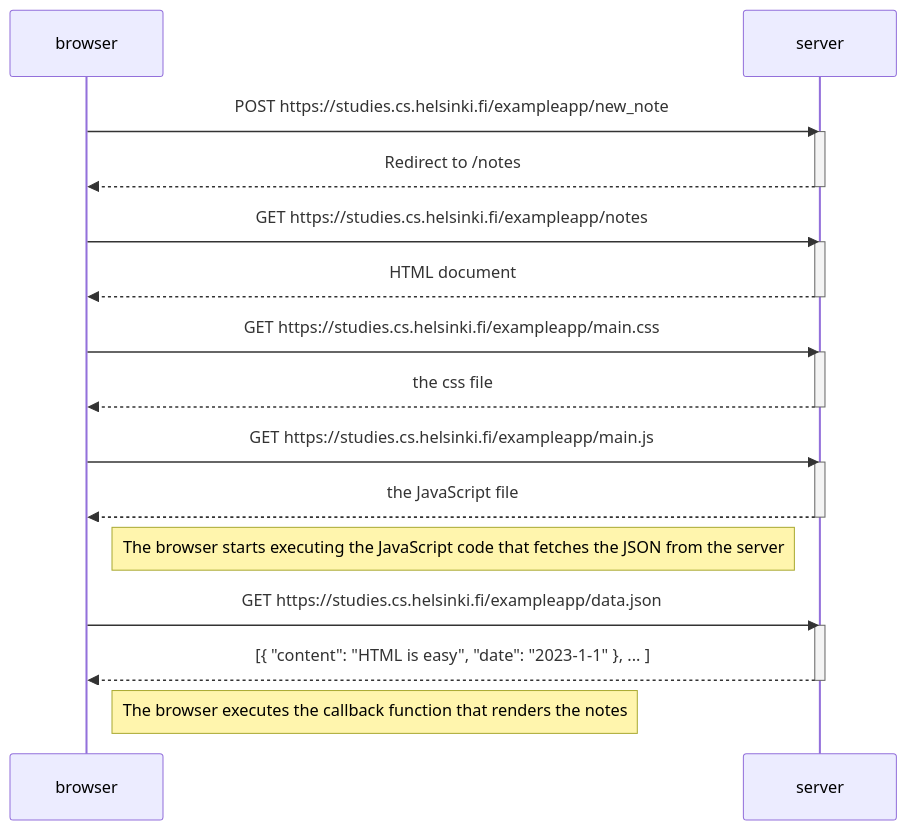
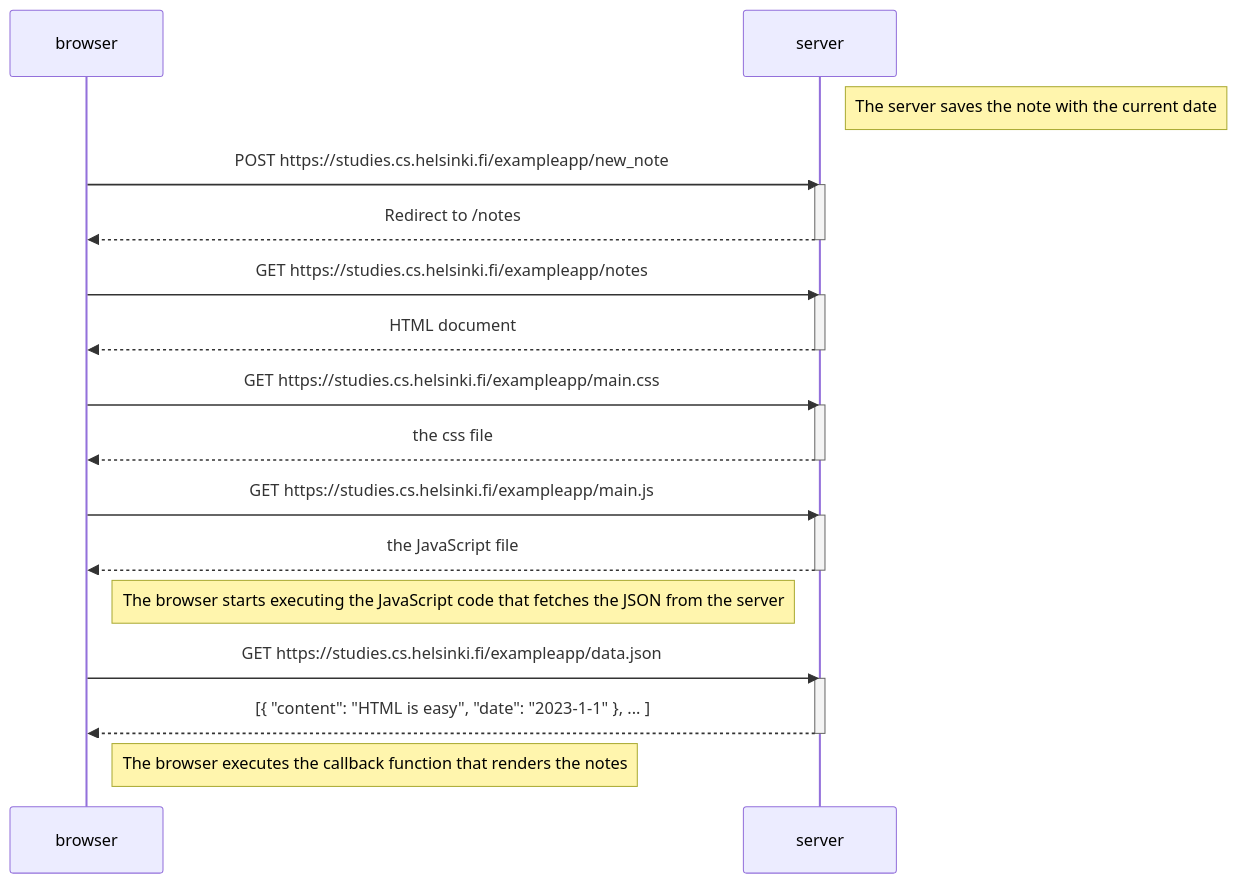
The diagram in part0/1.md (AlexP-alt/submission-repository), drawn with Mermaid before and after one commit.

````diff
--- a/part0/1.md
+++ b/part0/1.md
@@ -2,34 +2,36 @@
 ```mermaid
 sequenceDiagram
     participant browser
     participant server
+
+    Note right of server: The server saves the note with the current date
 
     browser->>server: POST https://studies.cs.helsinki.fi/exampleapp/new_note
     activate server
     server-->>browser: Redirect to /notes
     deactivate server
 
     browser->>server: GET https://studies.cs.helsinki.fi/exampleapp/notes
     activate server
     server-->>browser: HTML document
     deactivate server
 
     browser->>server: GET https://studies.cs.helsinki.fi/exampleapp/main.css
     activate server
     server-->>browser: the css file
     deactivate server
 
     browser->>server: GET https://studies.cs.helsinki.fi/exampleapp/main.js
     activate server
     server-->>browser: the JavaScript file
     deactivate server
 
     Note right of browser: The browser starts executing the JavaScript code that fetches the JSON from the server
 
     browser->>server: GET https://studies.cs.helsinki.fi/exampleapp/data.json
     activate server
     server-->>browser: [{ "content": "HTML is easy", "date": "2023-1-1" }, ... ]
     deactivate server
 
     Note right of browser: The browser executes the callback function that renders the notes
 ```
````
